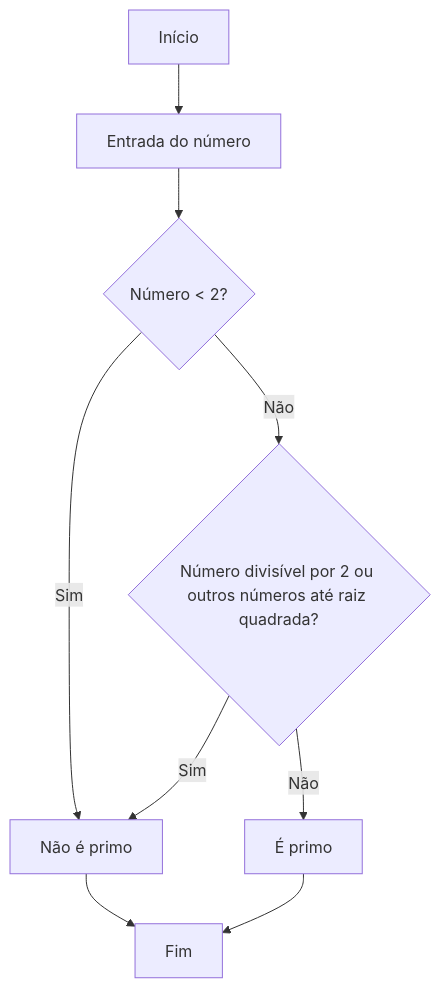
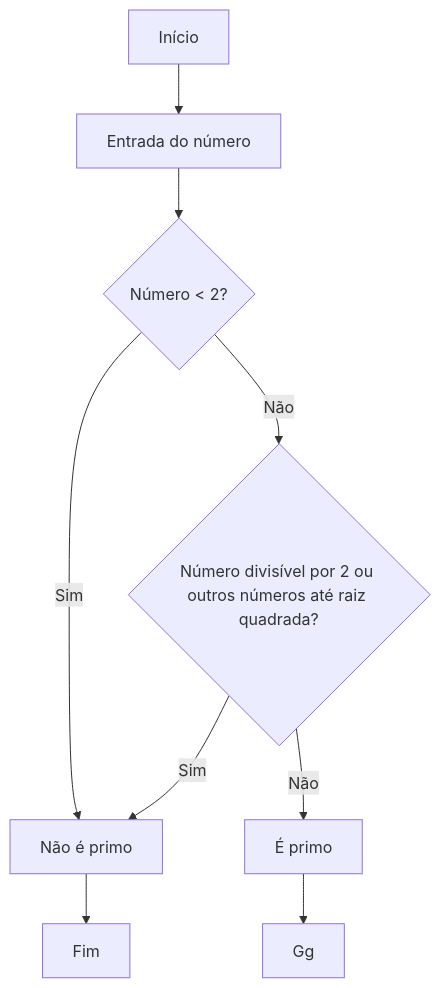
The tenth of 10 diagrams in LP_Lista_01/README.md (JuanCorreea/LP), drawn with Mermaid before and after one commit. The commit also changed 17 other files, not shown here.

````diff
--- a/LP_Lista_01/README.md
+++ b/LP_Lista_01/README.md
@@ -150,12 +150,11 @@
    ```mermaid
    flowchart TD
  A[Início] --> B[Entrada do número]
     B --> C{Número < 2?}
     C -->|Sim| D[Não é primo]
     C -->|Não| E{Número divisível por 2 ou outros números até raiz quadrada?}
     E -->|Sim| D
     E -->|Não| F[É primo]
     D --> G[Fim]
-    F --> G
-
+    F --> Gg
    ```
````
